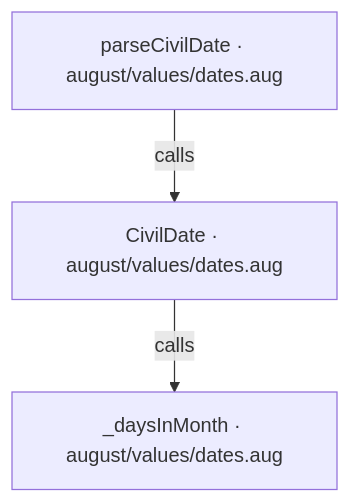
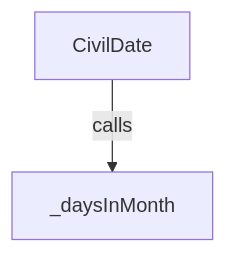
One commit to GreenPandaStudios/augscript changed the first of 9 diagrams in src/stdlib/values/dates.aug.diagrams.md. Above: the diagram before and after it, drawn with Mermaid. The commit also changed other lines of this file and 524 other files, not shown here.

Commit message:
Explain checked data flow at folder and service levels

````diff
--- a/src/stdlib/values/dates.aug.diagrams.md
+++ b/src/stdlib/values/dates.aug.diagrams.md
@@ -9,8 +9,6 @@
 ```mermaid
 flowchart TD
-    n0["CivilDate · august/values/dates.aug"]
-    n1["_daysInMonth · august/values/dates.aug"]
-    n2["parseCivilDate · august/values/dates.aug"]
+    n0["CivilDate"]
+    n1["_daysInMonth"]
     n0 -->|"calls"| n1
-    n2 -->|"calls"| n0
 ```
````
